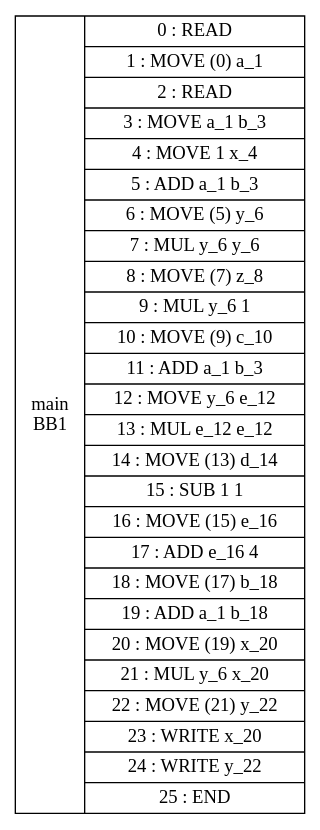
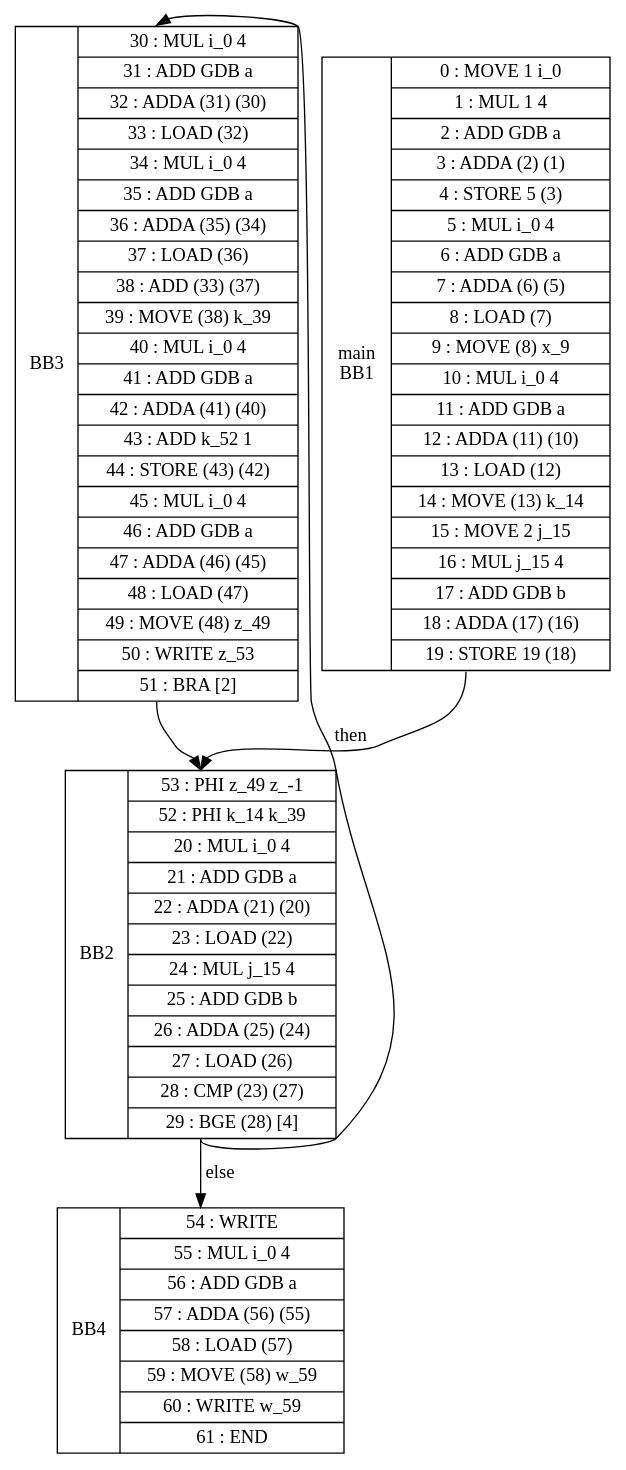
Before and after one commit to maxsmith271346/LL1_Compiler: the diagram in src/CFG Examples/test.dot, drawn with Graphviz. The commit also changed 4 other files, not shown here.

```diff
--- a/src/CFG Examples/test.dot
+++ b/src/CFG Examples/test.dot
@@ -1,3 +1,10 @@
-digraph G {
-BB1[shape=record, label="<b>main\nBB1|{0 : READ |1 : MOVE (0) a_1 |2 : READ |3 : MOVE a_1 b_3 |4 : MOVE 1 x_4 |5 : ADD a_1 b_3 |6 : MOVE (5) y_6 |7 : MUL y_6 y_6 |8 : MOVE (7) z_8 |9 : MUL y_6 1 |10 : MOVE (9) c_10 |11 : ADD a_1 b_3 |12 : MOVE y_6 e_12 |13 : MUL e_12 e_12 |14 : MOVE (13) d_14 |15 : SUB 1 1 |16 : MOVE (15) e_16 |17 : ADD e_16 4 |18 : MOVE (17) b_18 |19 : ADD a_1 b_18 |20 : MOVE (19) x_20 |21 : MUL y_6 x_20 |22 : MOVE (21) y_22 |23 : WRITE x_20 |24 : WRITE y_22 |25 : END }"];
+digraph G { 
+BB3[shape=record, label="<b>BB3|{30 : MUL i_0 4 |31 : ADD GDB a |32 : ADDA (31) (30) |33 : LOAD (32) |34 : MUL i_0 4 |35 : ADD GDB a |36 : ADDA (35) (34) |37 : LOAD (36) |38 : ADD (33) (37) |39 : MOVE (38) k_39 |40 : MUL i_0 4 |41 : ADD GDB a |42 : ADDA (41) (40) |43 : ADD k_52 1 |44 : STORE (43) (42) |45 : MUL i_0 4 |46 : ADD GDB a |47 : ADDA (46) (45) |48 : LOAD (47) |49 : MOVE (48) z_49 |50 : WRITE z_53 |51 : BRA [2] }"];
+BB3:s -> BB2:n [label=""];
+BB4[shape=record, label="<b>BB4|{54 : WRITE |55 : MUL i_0 4 |56 : ADD GDB a |57 : ADDA (56) (55) |58 : LOAD (57) |59 : MOVE (58) w_59 |60 : WRITE w_59 |61 : END }"];
+BB2[shape=record, label="<b>BB2|{53 : PHI z_49 z_-1 |52 : PHI k_14 k_39 |20 : MUL i_0 4 |21 : ADD GDB a |22 : ADDA (21) (20) |23 : LOAD (22) |24 : MUL j_15 4 |25 : ADD GDB b |26 : ADDA (25) (24) |27 : LOAD (26) |28 : CMP (23) (27) |29 : BGE (28) [4] }"];
+BB2:s -> BB3:n [label="then"];
+BB2:s -> BB4:n [label="else"];
+BB1[shape=record, label="<b>main\nBB1|{0 : MOVE 1 i_0 |1 : MUL 1 4 |2 : ADD GDB a |3 : ADDA (2) (1) |4 : STORE 5 (3) |5 : MUL i_0 4 |6 : ADD GDB a |7 : ADDA (6) (5) |8 : LOAD (7) |9 : MOVE (8) x_9 |10 : MUL i_0 4 |11 : ADD GDB a |12 : ADDA (11) (10) |13 : LOAD (12) |14 : MOVE (13) k_14 |15 : MOVE 2 j_15 |16 : MUL j_15 4 |17 : ADD GDB b |18 : ADDA (17) (16) |19 : STORE 19 (18) }"];
+BB1:s -> BB2:n [label=""];
 }
```
